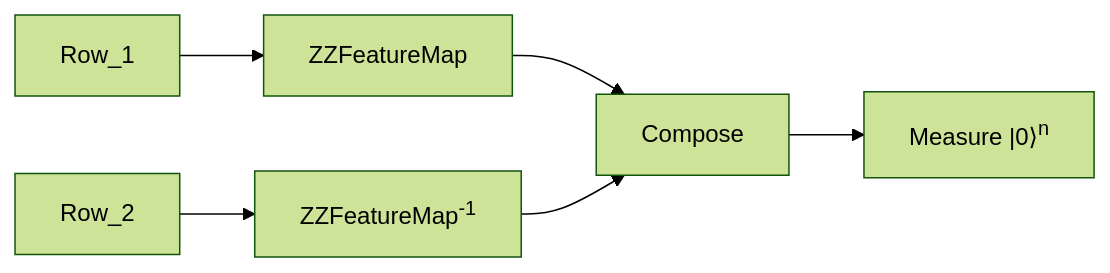
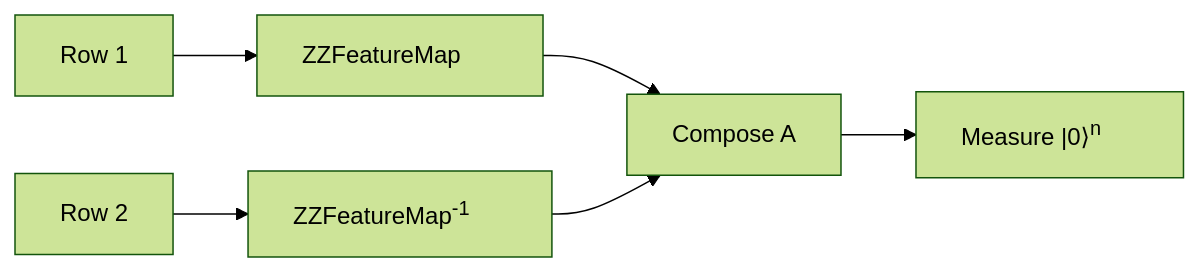
Before and after one commit to plutoniumm/cquicc: the first of 2 diagrams in presents/1-ltim.md, drawn with Mermaid (forest theme). The commit also changed other lines of this file and 15 other files, not shown here.

````diff
--- a/presents/1-ltim.md
+++ b/presents/1-ltim.md
@@ -106,7 +106,7 @@
 ```mermaid
 graph LR
-  R1["Row_1"] --> C["ZZFeatureMap"]
-  R2["Row_2"] --> C2["ZZFeatureMap<sup>-1</sup>"]
+  R1["Row 1"] --> C["ZZFeatureMap <span style="opacity:0">AB</span>"]
+  R2["Row 2"] --> C2["ZZFeatureMap<sup>-1</sup> <span style="opacity:0">AB</span>"]
 
-  C & C2 --> Compose --> M["Measure |0&rangle;<sup>n</sup>"]
+  C & C2 --> Compose["Compose A"] --> M["Measure |0&rangle;<sup>n</sup> <span style="opacity:0">AB</span>"]
 ```
````
